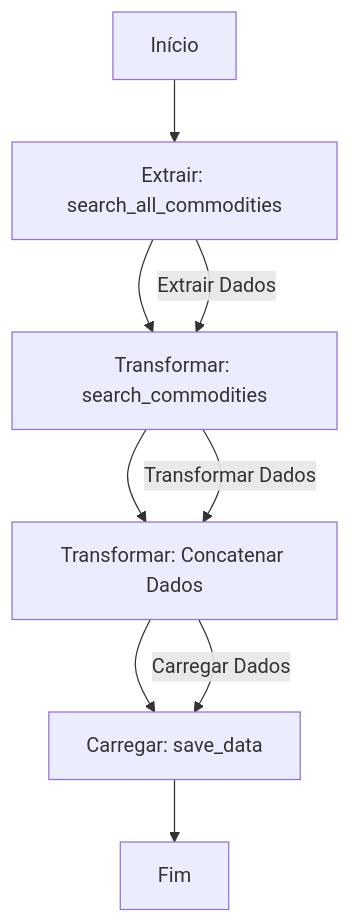
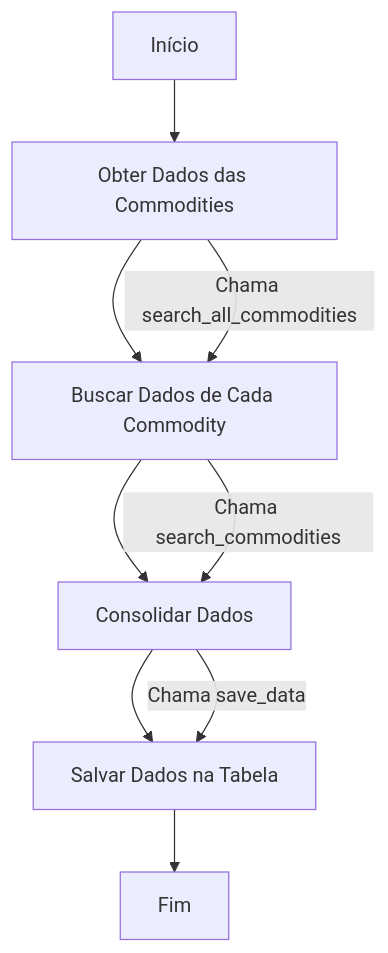
One commit to Essence999/commodities_data_warehouse changed the diagram in README.md. Above: the diagram before and after it, drawn with Mermaid.

Commit message:
feta: mermaid

````diff
--- a/README.md
+++ b/README.md
@@ -3,13 +3,13 @@
 ```mermaid
-flowchart TD
-    A[Início] --> B[Extrair: search_all_commodities]
-    B --> C[Transformar: search_commodities]
-    C --> D[Transformar: Concatenar Dados]
-    D --> E[Carregar: save_data]
+graph TD
+    A[Início] --> B[Obter Dados das Commodities]
+    B --> C[Buscar Dados de Cada Commodity]
+    C --> D[Consolidar Dados]
+    D --> E[Salvar Dados na Tabela]
     E --> F[Fim]
 
-    %% Definir os links entre os elementos
-    B -->|Extrair Dados| C
-    C -->|Transformar Dados| D
-    D -->|Carregar Dados| E
+    %% Detalhamento das etapas
+    B --> |"Chama search_all_commodities"| C
+    C --> |"Chama search_commodities"| D
+    D --> |"Chama save_data"| E
 ```
````
